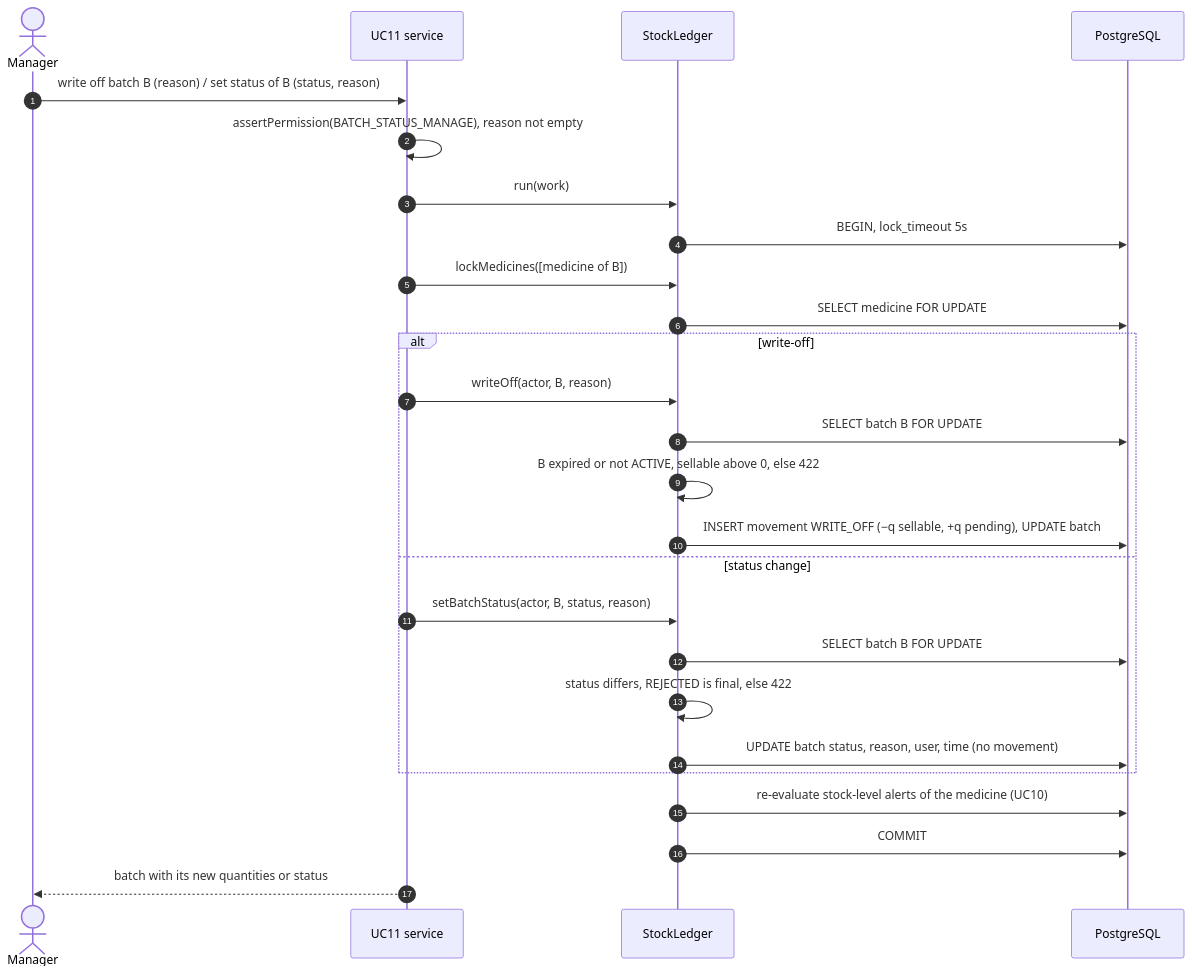
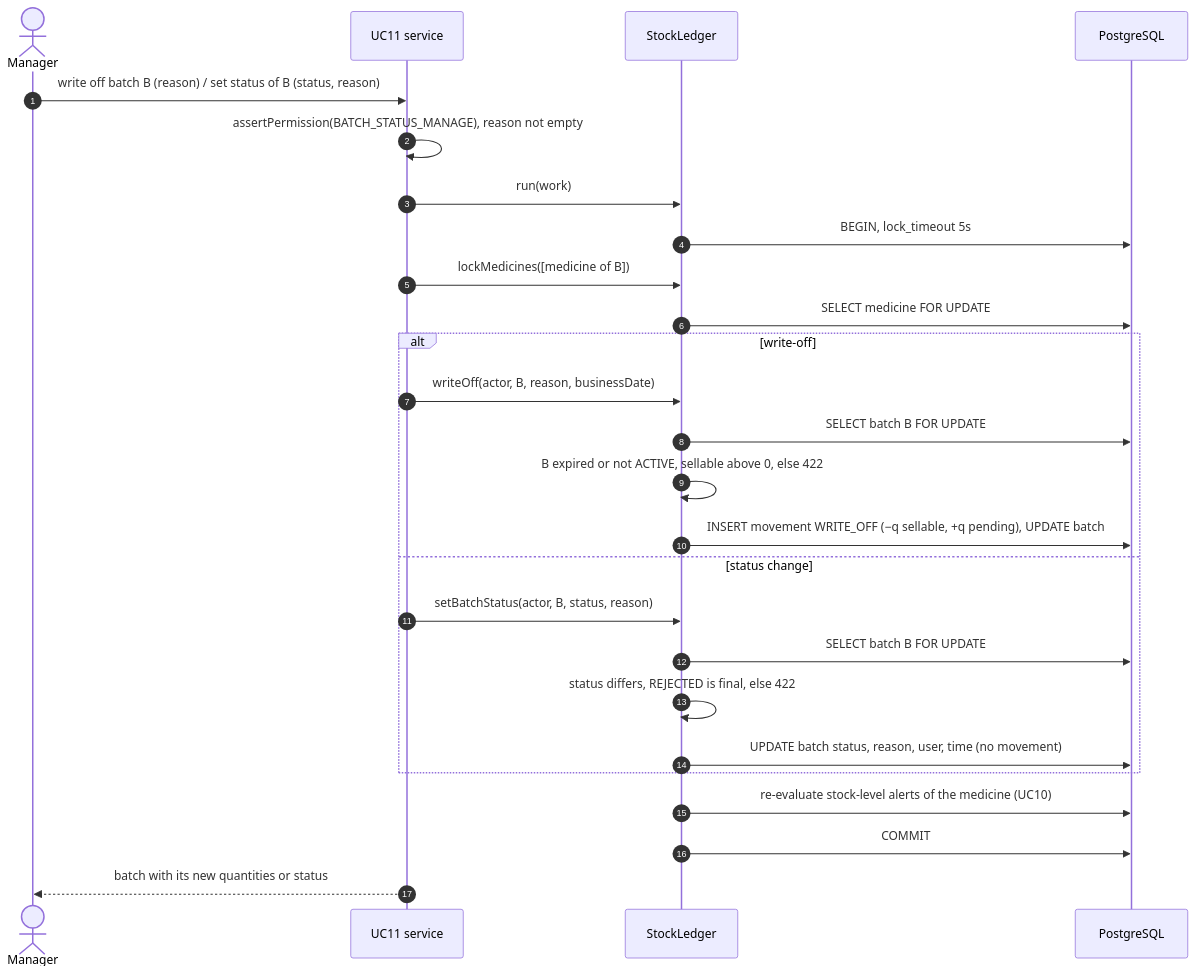
One commit to NeitLN/261_72ITSE41704_2474802010391_PharmacyStock changed the diagram in docs/design/stock-ledger.md. Above: the diagram before and after it, drawn with Mermaid. The commit also changed other lines of this file and 4 other files, not shown here.

````diff
--- a/docs/design/stock-ledger.md
+++ b/docs/design/stock-ledger.md
@@ -102,29 +105,29 @@
 ```mermaid
 sequenceDiagram
     autonumber
     actor M as Manager
     participant S as UC11 service
     participant L as StockLedger
     participant DB as PostgreSQL
 
     M->>S: write off batch B (reason) / set status of B (status, reason)
     S->>S: assertPermission(BATCH_STATUS_MANAGE), reason not empty
     S->>L: run(work)
     L->>DB: BEGIN, lock_timeout 5s
     S->>L: lockMedicines([medicine of B])
     L->>DB: SELECT medicine FOR UPDATE
     alt write-off
-        S->>L: writeOff(actor, B, reason)
+        S->>L: writeOff(actor, B, reason, businessDate)
         L->>DB: SELECT batch B FOR UPDATE
         L->>L: B expired or not ACTIVE, sellable above 0, else 422
         L->>DB: INSERT movement WRITE_OFF (−q sellable, +q pending), UPDATE batch
     else status change
         S->>L: setBatchStatus(actor, B, status, reason)
         L->>DB: SELECT batch B FOR UPDATE
         L->>L: status differs, REJECTED is final, else 422
         L->>DB: UPDATE batch status, reason, user, time (no movement)
     end
     L->>DB: re-evaluate stock-level alerts of the medicine (UC10)
     L->>DB: COMMIT
     S-->>M: batch with its new quantities or status
 ```
````
